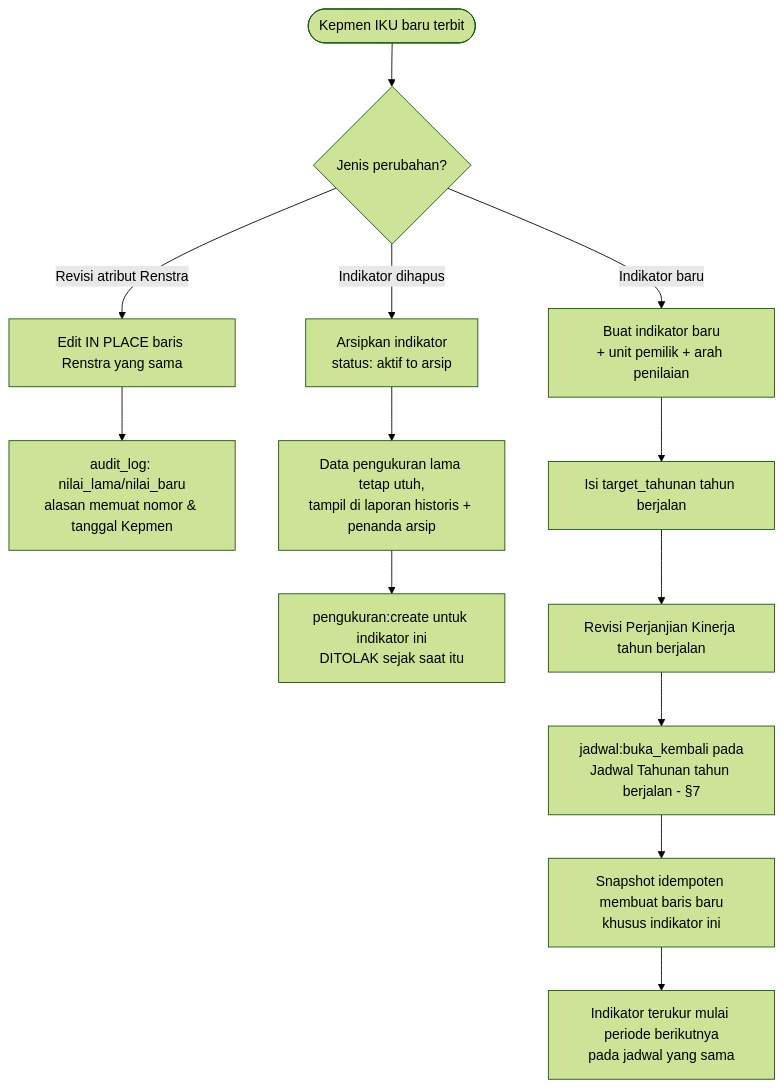
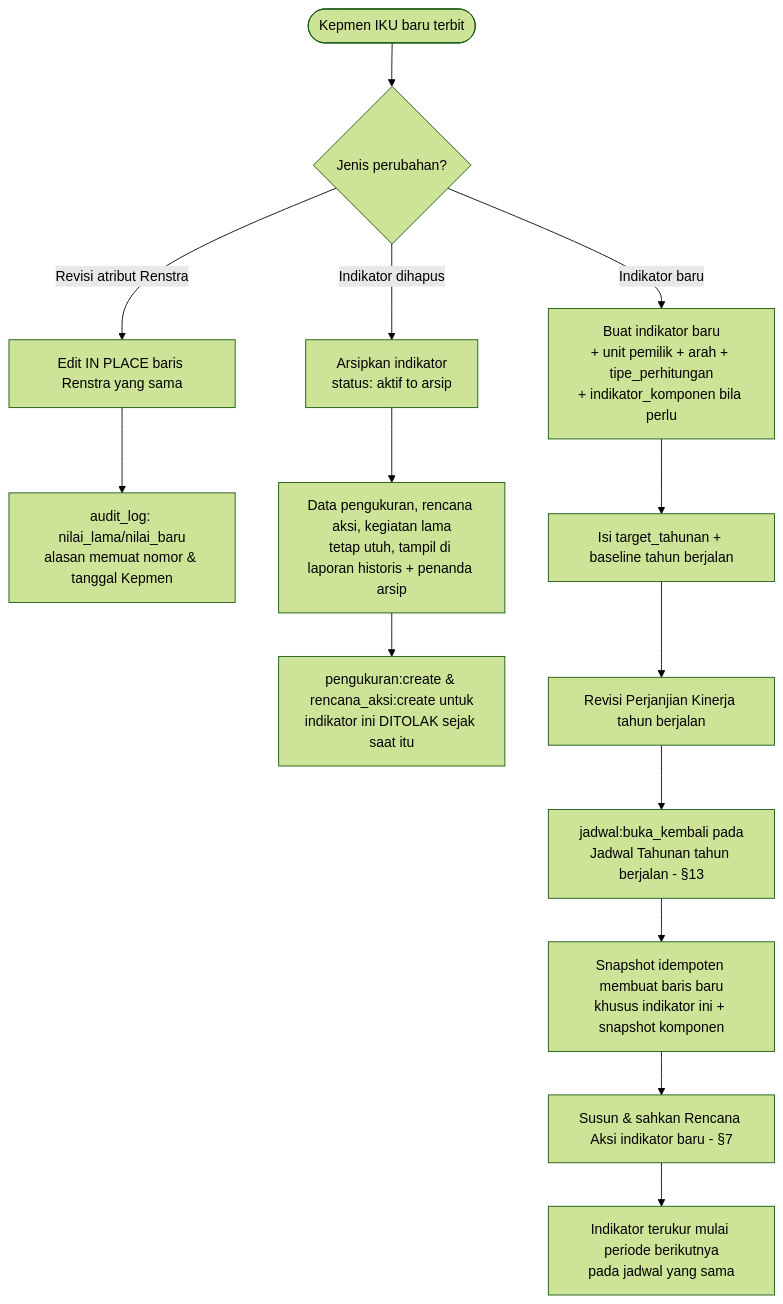
Diagram 14 of 22 in document/SAKIP - Workflow.md (LLDIKTI-XVI-TEAM/SAKIP), drawn with Mermaid (forest theme) before and after one commit. The commit also changed other lines of this file and 4 other files, not shown here.

````diff
--- a/document/SAKIP - Workflow.md
+++ b/document/SAKIP - Workflow.md
@@ -491,17 +1233,18 @@
 ```mermaid
 flowchart TD
     A([Kepmen IKU baru terbit]) --> B{Jenis perubahan?}
     B -- Revisi atribut Renstra --> C[Edit IN PLACE baris Renstra yang sama]
     C --> D[audit_log: nilai_lama/nilai_baru\nalasan memuat nomor & tanggal Kepmen]
 
     B -- Indikator dihapus --> E[Arsipkan indikator\nstatus: aktif to arsip]
-    E --> F[Data pengukuran lama tetap utuh,\ntampil di laporan historis + penanda arsip]
-    F --> G[pengukuran:create untuk indikator ini\nDITOLAK sejak saat itu]
+    E --> F[Data pengukuran, rencana aksi, kegiatan lama\ntetap utuh, tampil di laporan historis + penanda arsip]
+    F --> G[pengukuran:create & rencana_aksi:create untuk\nindikator ini DITOLAK sejak saat itu]
 
-    B -- Indikator baru --> H[Buat indikator baru\n+ unit pemilik + arah penilaian]
-    H --> I[Isi target_tahunan tahun berjalan]
+    B -- Indikator baru --> H[Buat indikator baru\n+ unit pemilik + arah + tipe_perhitungan\n+ indikator_komponen bila perlu]
+    H --> I[Isi target_tahunan + baseline tahun berjalan]
     I --> J[Revisi Perjanjian Kinerja tahun berjalan]
-    J --> K[jadwal:buka_kembali pada\nJadwal Tahunan tahun berjalan - §7]
-    K --> L[Snapshot idempoten membuat baris baru\nkhusus indikator ini]
-    L --> M[Indikator terukur mulai periode berikutnya\npada jadwal yang sama]
+    J --> K[jadwal:buka_kembali pada\nJadwal Tahunan tahun berjalan - §13]
+    K --> L[Snapshot idempoten membuat baris baru\nkhusus indikator ini + snapshot komponen]
+    L --> M[Susun & sahkan Rencana Aksi indikator baru - §7]
+    M --> N[Indikator terukur mulai periode berikutnya\npada jadwal yang sama]
 ```
````
